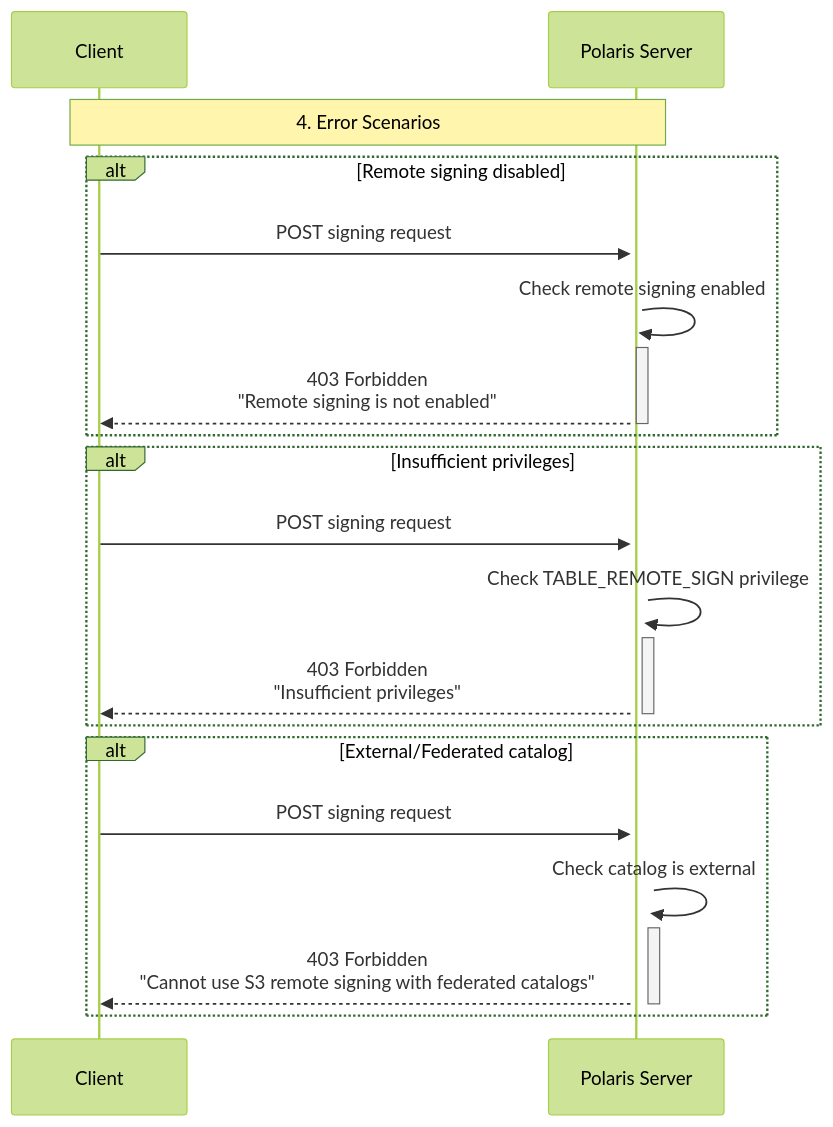
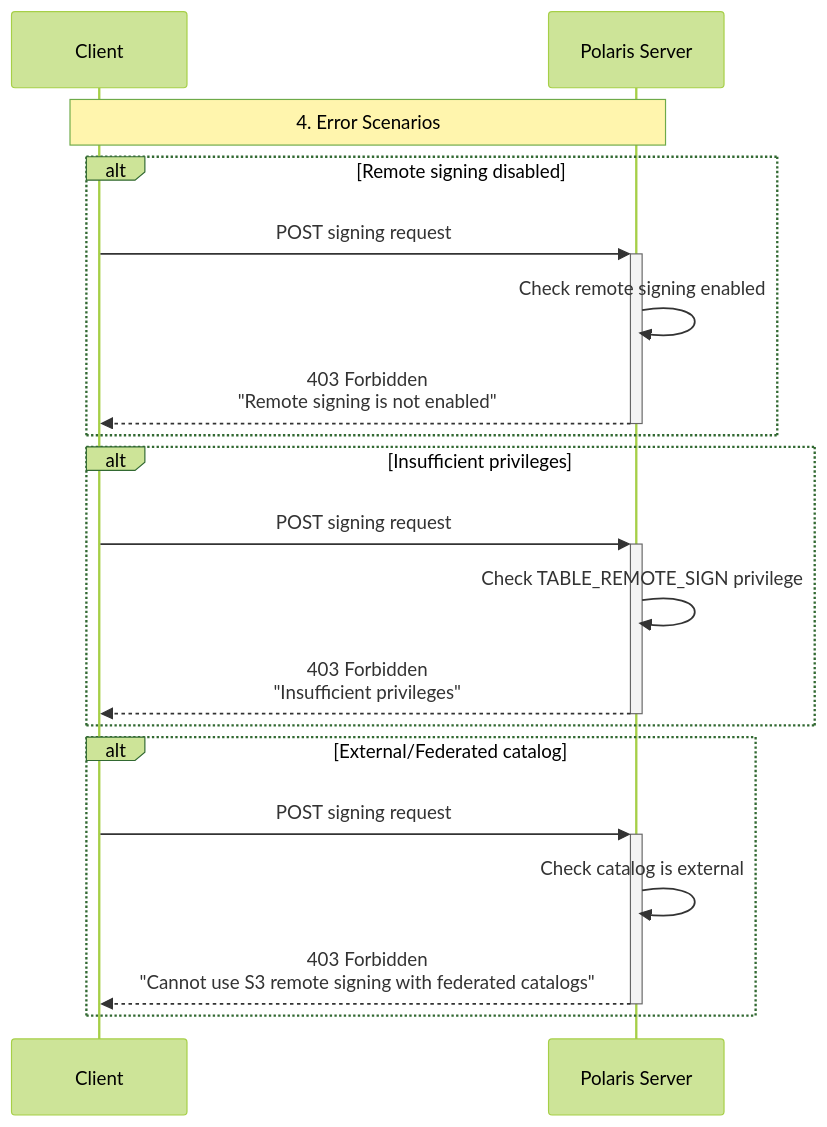
Before and after one commit to adutra/polaris: the fourth of 4 diagrams in s3-remote-signing-sequence-diagram.md, drawn with Mermaid (forest theme). The commit also changed other lines of this file, not shown here.

Commit message:
sequence diagram

````diff
--- a/s3-remote-signing-sequence-diagram.md
+++ b/s3-remote-signing-sequence-diagram.md
@@ -94,24 +94,24 @@
 ```mermaid
 sequenceDiagram
     participant Client
-    participant SigningService as Polaris Server
-    Note over Client, SigningService: 4. Error Scenarios
+    participant PolarisServer as Polaris Server
+    Note over Client, PolarisServer: 4. Error Scenarios
     
     alt Remote signing disabled
-        Client->>+SigningService: POST signing request
-        SigningService->>+SigningService: Check remote signing enabled
-        SigningService-->>-Client: 403 Forbidden<br/>"Remote signing is not enabled"
+        Client->>+PolarisServer: POST signing request
+        PolarisServer->>PolarisServer: Check remote signing enabled
+        PolarisServer-->>-Client: 403 Forbidden<br/>"Remote signing is not enabled"
     end
     
     alt Insufficient privileges
-        Client->>+SigningService: POST signing request
-        SigningService->>+SigningService: Check TABLE_REMOTE_SIGN privilege
-        SigningService-->>-Client: 403 Forbidden<br/>"Insufficient privileges"
+        Client->>+PolarisServer: POST signing request
+        PolarisServer->>PolarisServer: Check TABLE_REMOTE_SIGN privilege
+        PolarisServer-->>-Client: 403 Forbidden<br/>"Insufficient privileges"
     end
     
     alt External/Federated catalog
-        Client->>+SigningService: POST signing request
-        SigningService->>+SigningService: Check catalog is external
-        SigningService-->>-Client: 403 Forbidden<br/>"Cannot use S3 remote signing with federated catalogs"
+        Client->>+PolarisServer: POST signing request
+        PolarisServer->>PolarisServer: Check catalog is external
+        PolarisServer-->>-Client: 403 Forbidden<br/>"Cannot use S3 remote signing with federated catalogs"
     end
 ```
````
